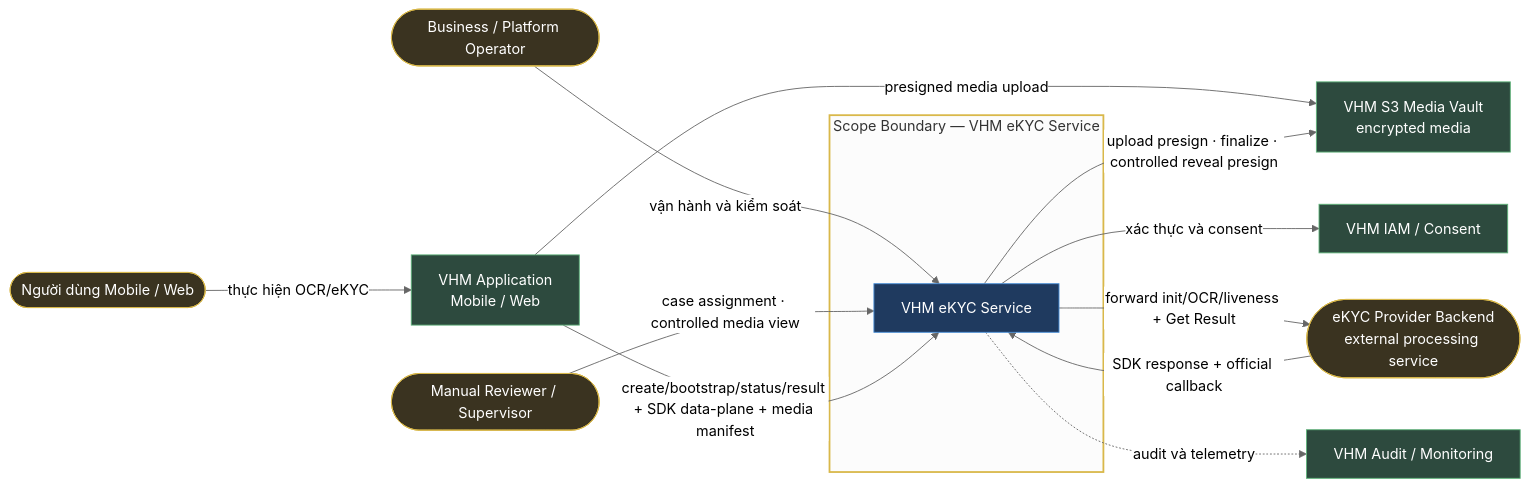
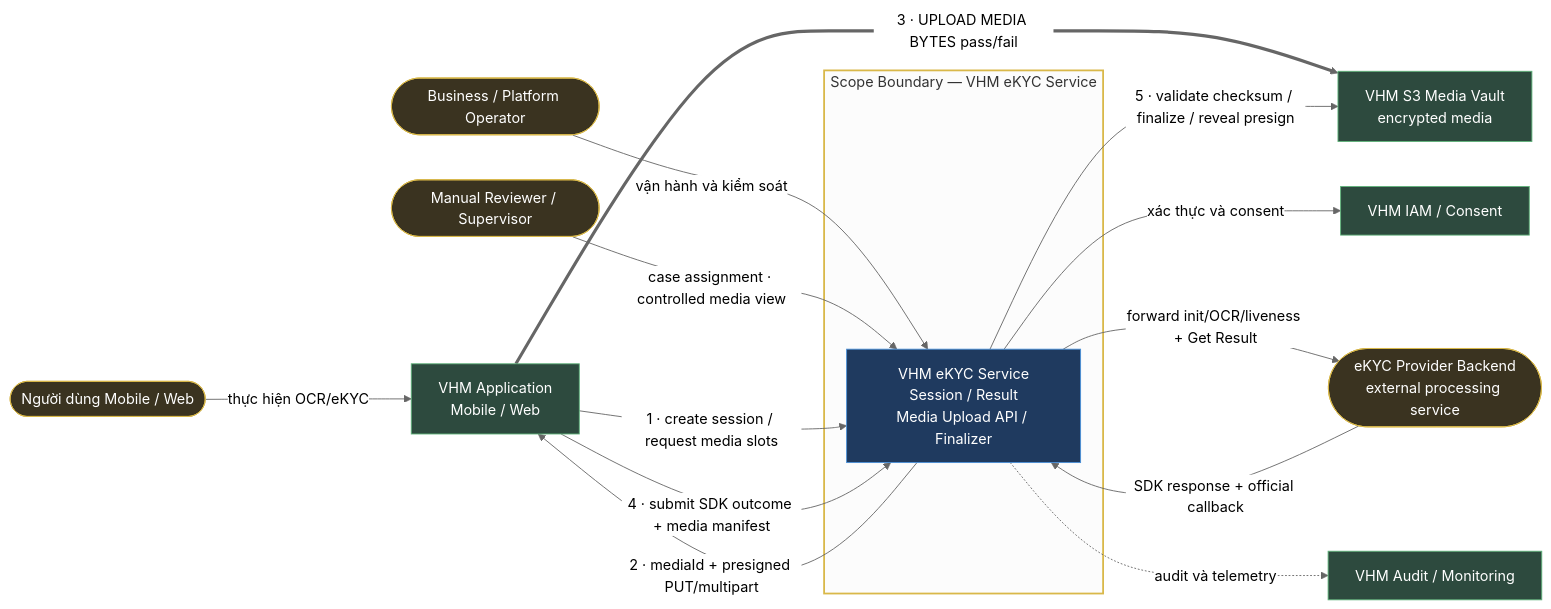
Before and after one commit to huynv-xyz/vhm: the first of 19 diagrams in tdd2.md, drawn with Mermaid (neutral theme). The commit also changed other lines of this file, not shown here.

````diff
--- a/tdd2.md
+++ b/tdd2.md
@@ -358,31 +358,33 @@
 ```mermaid
 flowchart LR
     USER(["Người dùng Mobile / Web"]):::entity
     OPS(["Business / Platform Operator"]):::entity
     REVIEWER(["Manual Reviewer / Supervisor"]):::entity
     APP["VHM Application<br/>Mobile / Web"]:::owned
     IAM["VHM IAM / Consent"]:::owned
     OBS["VHM Audit / Monitoring"]:::owned
     VAULT["VHM S3 Media Vault<br/>encrypted media"]:::owned
     PROVIDER(["eKYC Provider Backend<br/>external processing service"]):::entity
 
     subgraph SCOPE["Scope Boundary — VHM eKYC Service"]
-        CORE["VHM eKYC Service"]:::bc
+        CORE["VHM eKYC Service<br/>Session / Result<br/>Media Upload API / Finalizer"]:::bc
     end
 
     USER -->|thực hiện OCR/eKYC| APP
     OPS -->|vận hành và kiểm soát| CORE
     REVIEWER -->|case assignment · controlled media view| CORE
-    APP -->|create/bootstrap/status/result + SDK data-plane + media manifest| CORE
-    APP -->|presigned media upload| VAULT
-    CORE -->|upload presign · finalize · controlled reveal presign| VAULT
+    APP -->|1 · create session / request media slots| CORE
+    CORE -->|2 · mediaId + presigned PUT/multipart| APP
+    APP ==>|3 · UPLOAD MEDIA BYTES pass/fail| VAULT
+    APP -->|4 · submit SDK outcome + media manifest| CORE
+    CORE -->|5 · validate checksum / finalize / reveal presign| VAULT
     CORE -->|xác thực và consent| IAM
     CORE -->|forward init/OCR/liveness + Get Result| PROVIDER
     PROVIDER -->|SDK response + official callback| CORE
     CORE -.->|audit và telemetry| OBS
 
     style SCOPE stroke:#d9b84a,stroke-width:2px
     classDef bc fill:#1f3a5f,stroke:#4a90d9,color:#fff;
     classDef owned fill:#2d4a3e,stroke:#5fb37a,color:#fff;
     classDef entity fill:#3a3320,stroke:#d9b84a,color:#fff;
 ```
````
